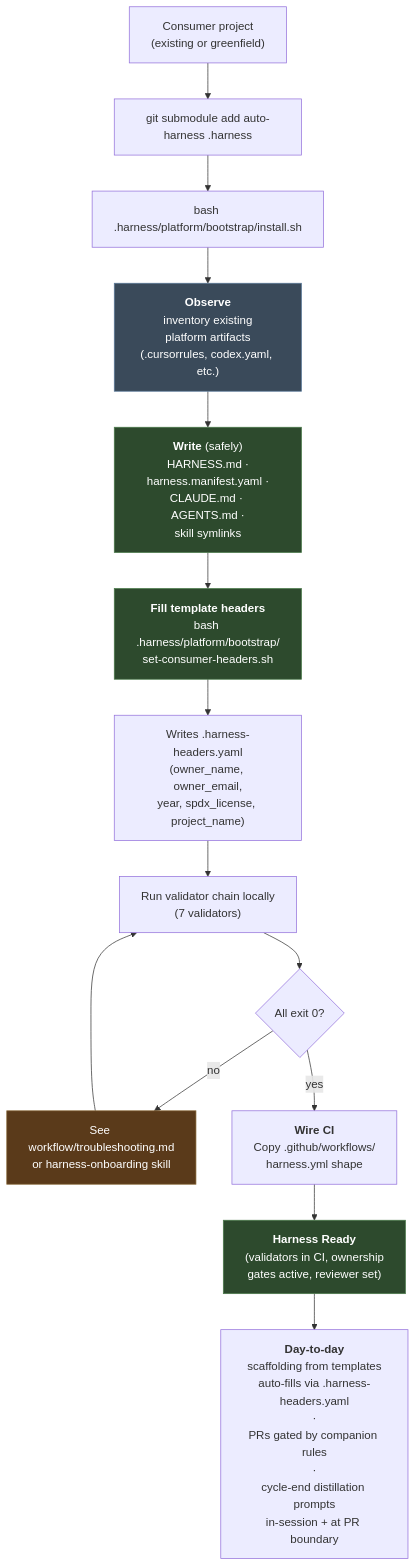
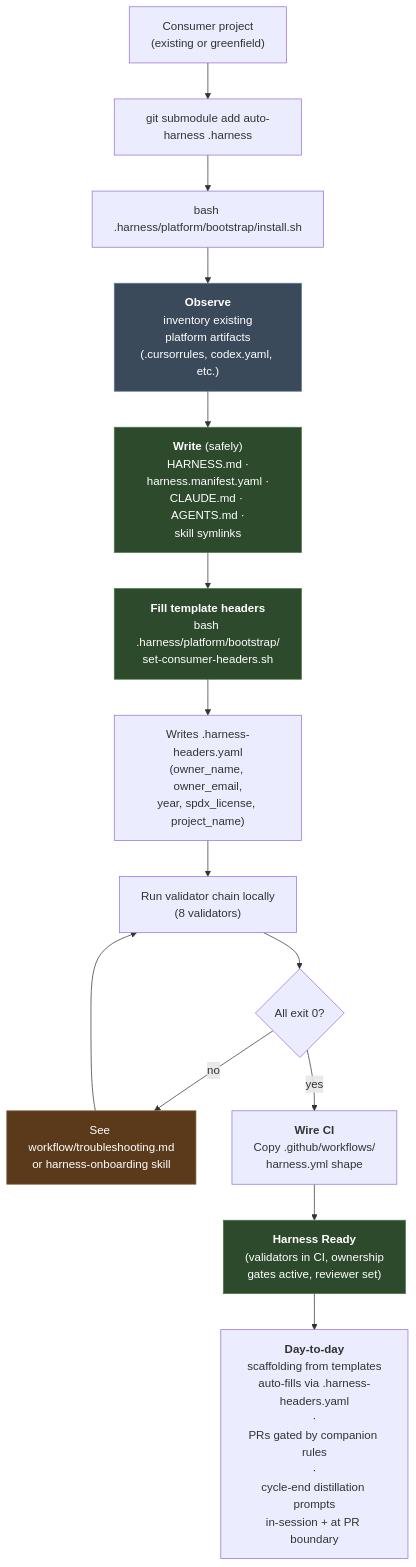
Before and after one commit to drakevonduck/auto-harness: the sixth of 11 diagrams in docs/architecture/diagrams.md, drawn with Mermaid. The commit also changed other lines of this file and 21 other files, not shown here.

````diff
--- a/docs/architecture/diagrams.md
+++ b/docs/architecture/diagrams.md
@@ -340,30 +344,30 @@
 ```mermaid
 flowchart TD
     Start["Consumer project<br/>(existing or greenfield)"]
 
     Start --> Submodule["git submodule add auto-harness .harness"]
     Submodule --> Install["bash .harness/platform/bootstrap/install.sh"]
 
     Install --> Observe["<b>Observe</b><br/>inventory existing<br/>platform artifacts<br/>(.cursorrules, codex.yaml, etc.)"]
     Observe --> Write["<b>Write</b> (safely)<br/>HARNESS.md ·<br/>harness.manifest.yaml ·<br/>CLAUDE.md · AGENTS.md ·<br/>skill symlinks"]
 
     Write --> Headers["<b>Fill template headers</b><br/>bash .harness/platform/bootstrap/<br/>set-consumer-headers.sh"]
     Headers --> Config["Writes .harness-headers.yaml<br/>(owner_name, owner_email,<br/>year, spdx_license, project_name)"]
 
-    Config --> Validate["Run validator chain locally<br/>(7 validators)"]
+    Config --> Validate["Run validator chain locally<br/>(8 validators)"]
     Validate --> Pass{"All exit 0?"}
 
     Pass -->|"no"| Troubleshoot["See workflow/troubleshooting.md<br/>or harness-onboarding skill"]
     Troubleshoot --> Validate
 
     Pass -->|"yes"| CI["<b>Wire CI</b><br/>Copy .github/workflows/<br/>harness.yml shape"]
     CI --> Ready["<b>Harness Ready</b><br/>(validators in CI, ownership<br/>gates active, reviewer set)"]
 
     Ready --> Day2["<b>Day-to-day</b><br/>scaffolding from templates<br/>auto-fills via .harness-headers.yaml<br/>·<br/>PRs gated by companion rules<br/>·<br/>cycle-end distillation prompts<br/>in-session + at PR boundary"]
 
     style Observe fill:#3a4a5a,stroke:#5a7a9a,color:#fff
     style Write fill:#2d4a2d,stroke:#4a7a4a,color:#fff
     style Headers fill:#2d4a2d,stroke:#4a7a4a,color:#fff
     style Ready fill:#2d4a2d,stroke:#4a7a4a,color:#fff
     style Troubleshoot fill:#5a3a1a,stroke:#8a6a3a,color:#fff
 ```
````
